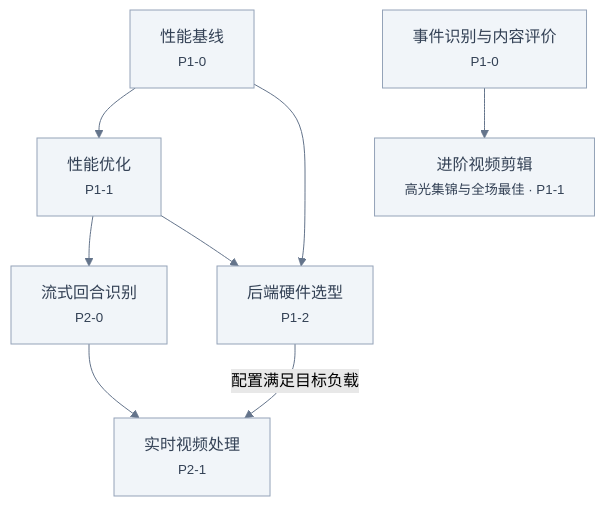
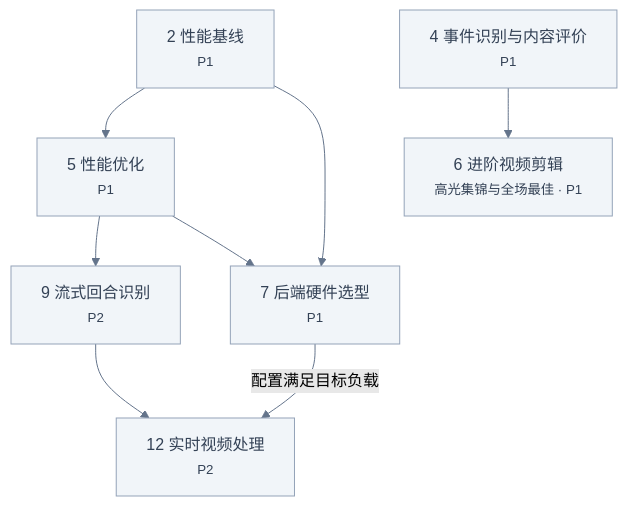
The second of 2 diagrams in docs/plan/roadmap.md (benb365/smash-suite), drawn with Mermaid (forest theme) before and after one commit. The commit also changed other lines of this file and 1 other file, not shown here.

Commit message:
docs: number roadmap tasks and list dependencies

````diff
--- a/docs/plan/roadmap.md
+++ b/docs/plan/roadmap.md
@@ -102,20 +102,20 @@
 ```mermaid
 flowchart TD
-  baseline["性能基线<br/><small>P1-0</small>"] --> optimize["性能优化<br/><small>P1-1</small>"]
-  optimize --> stream["流式回合识别<br/><small>P2-0</small>"]
-  stream --> live["实时视频处理<br/><small>P2-1</small>"]
-  baseline --> hardware["后端硬件选型<br/><small>P1-2</small>"]
+  baseline["2 性能基线<br/><small>P1</small>"] --> optimize["5 性能优化<br/><small>P1</small>"]
+  optimize --> stream["9 流式回合识别<br/><small>P2</small>"]
+  stream --> live["12 实时视频处理<br/><small>P2</small>"]
+  baseline --> hardware["7 后端硬件选型<br/><small>P1</small>"]
   optimize --> hardware
   hardware -->|配置满足目标负载| live
 
-  content["事件识别与内容评价<br/><small>P1-0</small>"] --> highlights["进阶视频剪辑<br/><small>高光集锦与全场最佳 · P1-1</small>"]
+  content["4 事件识别与内容评价<br/><small>P1</small>"] --> highlights["6 进阶视频剪辑<br/><small>高光集锦与全场最佳 · P1</small>"]
 
   style baseline fill:#f1f5f9,stroke:#94a3b8,color:#334155
   style optimize fill:#f1f5f9,stroke:#94a3b8,color:#334155
   style stream fill:#f1f5f9,stroke:#94a3b8,color:#334155
   style live fill:#f1f5f9,stroke:#94a3b8,color:#334155
   style hardware fill:#f1f5f9,stroke:#94a3b8,color:#334155
   style content fill:#f1f5f9,stroke:#94a3b8,color:#334155
   style highlights fill:#f1f5f9,stroke:#94a3b8,color:#334155
   linkStyle default stroke:#64748b
 ```
````
